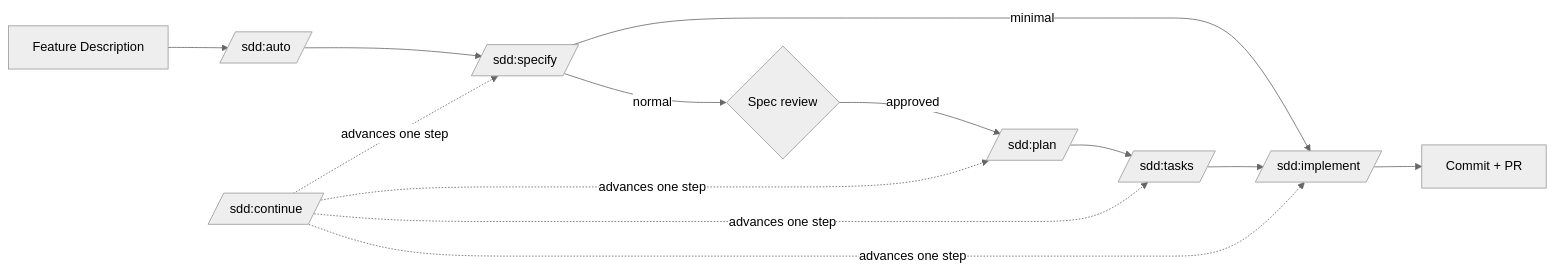
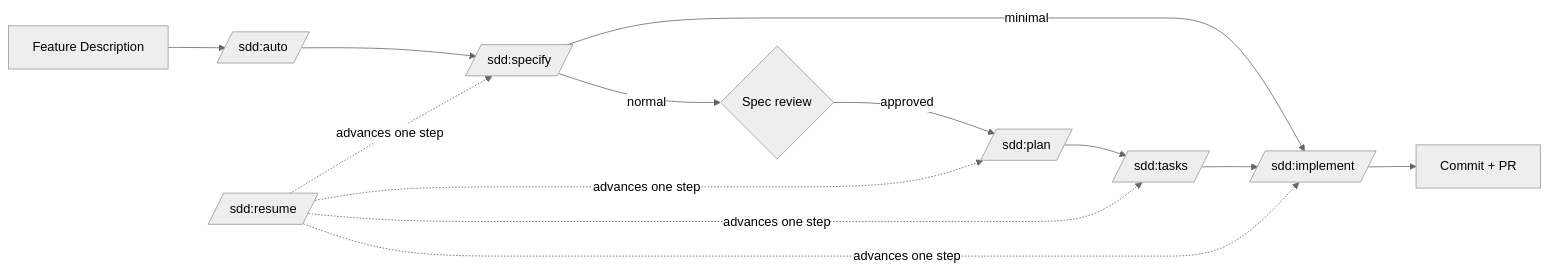
One commit to alfredoperez/sdd changed the first of 5 diagrams in docs/ARCHITECTURE.md. Above: the diagram before and after it, drawn with Mermaid (neutral theme). The commit also changed other lines of this file and 12 other files, not shown here.

Commit message:
feat(skills): rename continue to resume and add pause skill

````diff
--- a/docs/ARCHITECTURE.md
+++ b/docs/ARCHITECTURE.md
@@ -7,13 +7,13 @@
 ```mermaid
 flowchart LR
     A[Feature Description] --> Auto[/sdd:auto/]
     Auto --> B[/sdd:specify/]
     B -->|normal| Gate{Spec review}
     Gate -->|approved| C[/sdd:plan/]
     B -->|minimal| F[/sdd:implement/]
     C --> D[/sdd:tasks/]
     D --> F
     F --> G[Commit + PR]
 
-    Continue[/sdd:continue/] -.->|"advances one step"| B & C & D & F
+    Resume[/sdd:resume/] -.->|"advances one step"| B & C & D & F
 ```
````
